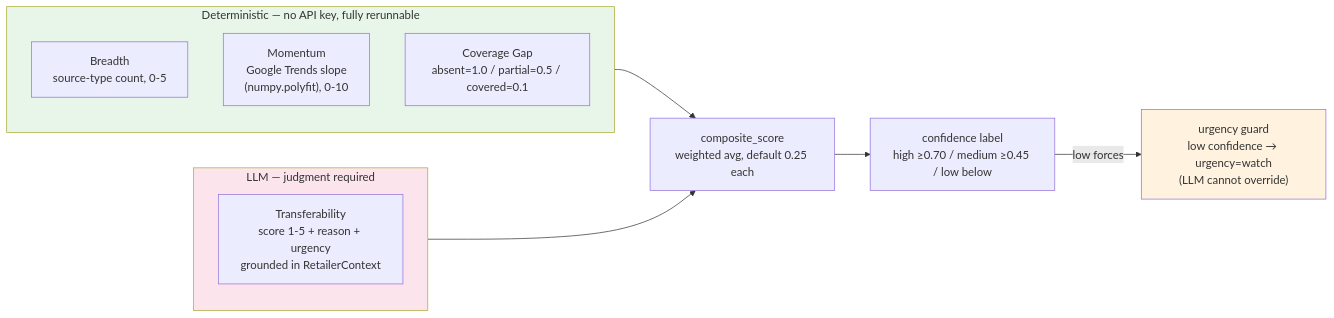
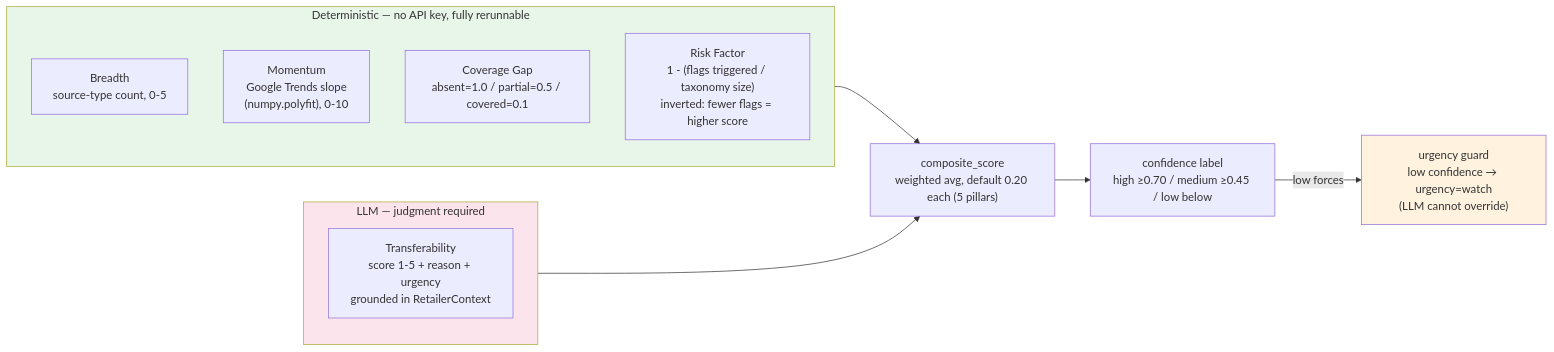
One commit to zenline-ch/hercode-zenline-hackathon changed the second of 6 diagrams in diagram.md. Above: the diagram before and after it, drawn with Mermaid. The commit also changed 1 other file, not shown here.

Commit message:
docs: add Risk Factor as a fifth scoring pillar
Promotes risk_flags from a display badge to a scored pillar (composite_score
weights rebalanced to 0.20 each) so two equally-hyped opportunities can rank
differently once supply-chain/regulatory risk is priced in.

````diff
--- a/diagram.md
+++ b/diagram.md
@@ -55,19 +55,20 @@
 ```mermaid
 flowchart LR
     subgraph DET["Deterministic — no API key, fully rerunnable"]
         B["Breadth\nsource-type count, 0-5"]
         M["Momentum\nGoogle Trends slope\n(numpy.polyfit), 0-10"]
         CG["Coverage Gap\nabsent=1.0 / partial=0.5 / covered=0.1"]
+        RF["Risk Factor\n1 - (flags triggered / taxonomy size)\ninverted: fewer flags = higher score"]
     end
     subgraph LLM["LLM — judgment required"]
         T["Transferability\nscore 1-5 + reason + urgency\ngrounded in RetailerContext"]
     end
-    DET --> COMP["composite_score\nweighted avg, default 0.25 each"]
+    DET --> COMP["composite_score\nweighted avg, default 0.20 each (5 pillars)"]
     LLM --> COMP
     COMP --> CONF["confidence label\nhigh ≥0.70 / medium ≥0.45 / low below"]
     CONF -->|"low forces"| GUARD["urgency guard\nlow confidence → urgency=watch\n(LLM cannot override)"]
 
     style DET fill:#e8f5e9
     style LLM fill:#fce4ec
     style GUARD fill:#fff3e0
 ```
````
